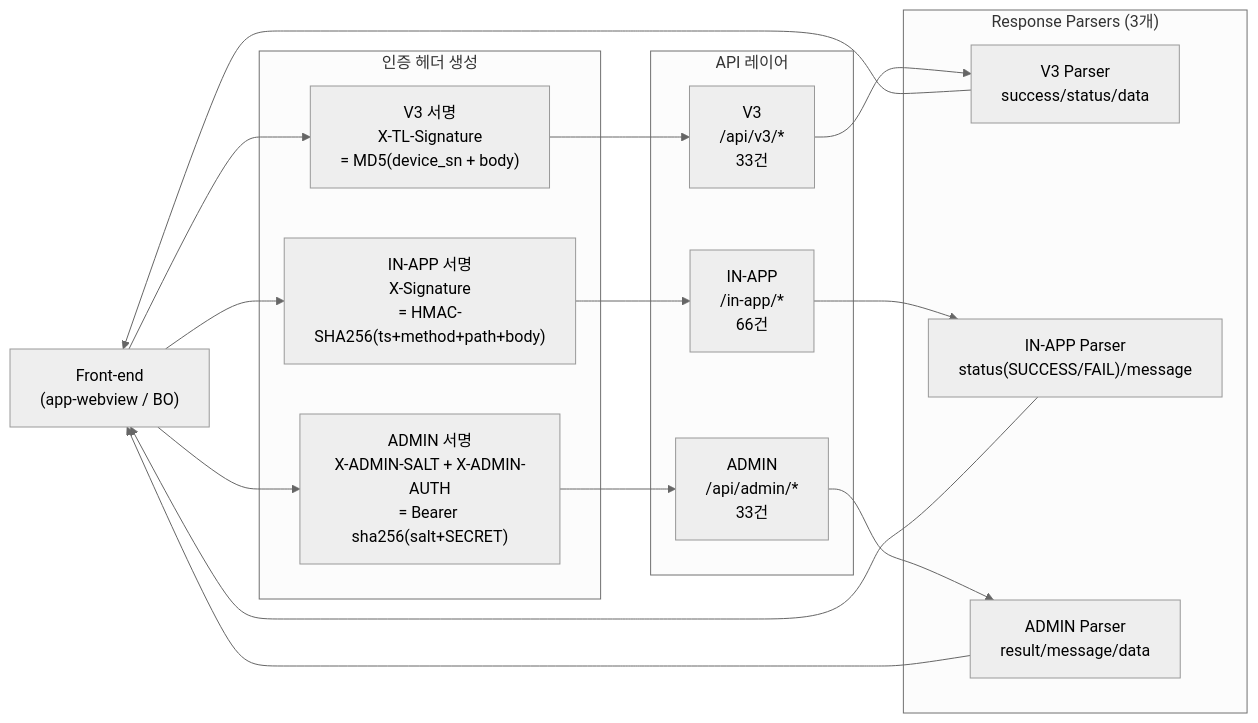
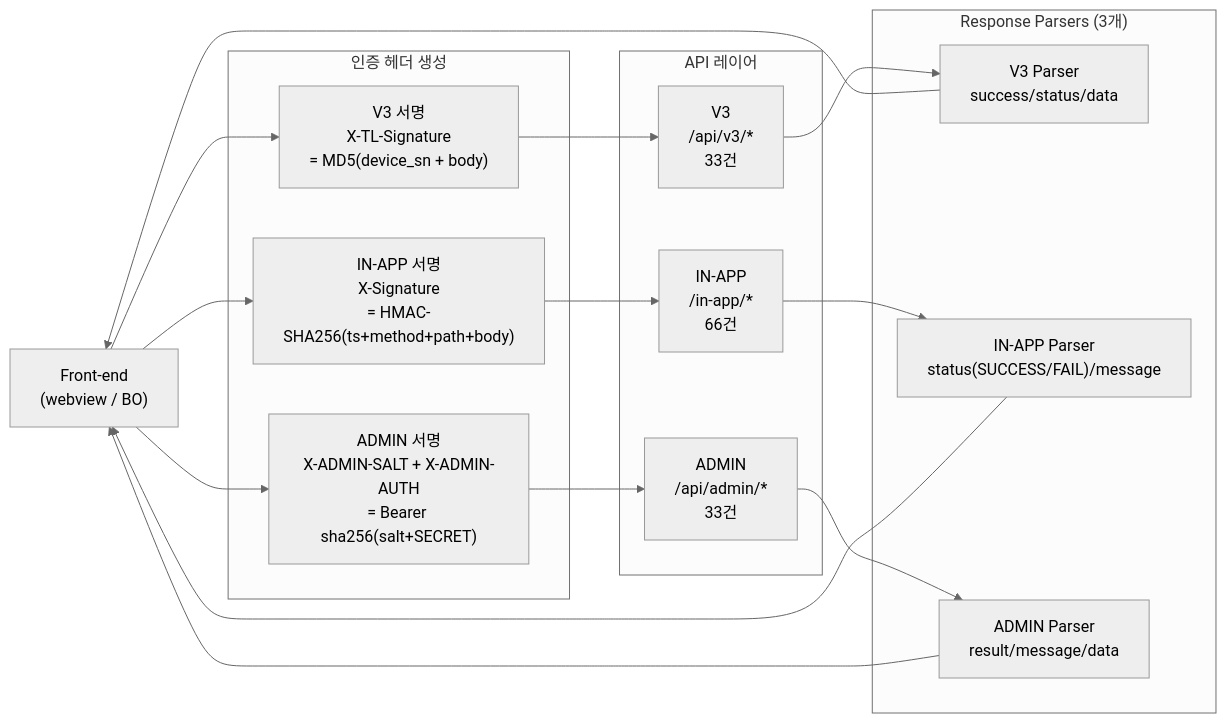
The first of 2 diagrams in docs/diagrams/[TBD]_api-layers.md (minsukong/lounge-docs), drawn with Mermaid (neutral theme) before and after one commit. The commit also changed 49 other files, not shown here.

```diff
--- a/docs/diagrams/[TBD]_api-layers.md
+++ b/docs/diagrams/[TBD]_api-layers.md
@@ -9,34 +9,34 @@
   <div class="mermaid">
 flowchart LR
   accTitle: Front-end API 통신 구조 (3개 레이어, 3개 Parser)
   accDescr: Front-end는 V3, IN-APP, ADMIN 세 레이어와 통신하며 각 레이어마다 인증 방식과 응답 포맷이 달라 3개의 응답 파서가 필요합니다.
   
-  FE["Front-end<br/>(app-webview / BO)"]
+  FE["Front-end<br/>(webview / BO)"]
 
   subgraph PARSERS["Response Parsers (3개)"]
     P1["V3 Parser<br/>success/status/data"]
     P2["IN-APP Parser<br/>status(SUCCESS/FAIL)/message"]
     P3["ADMIN Parser<br/>result/message/data"]
   end
 
   subgraph AUTH["인증 헤더 생성"]
     A1["V3 서명<br/>X-TL-Signature<br/>= MD5(device_sn + body)"]
     A2["IN-APP 서명<br/>X-Signature<br/>= HMAC-SHA256(ts+method+path+body)"]
     A3["ADMIN 서명<br/>X-ADMIN-SALT + X-ADMIN-AUTH<br/>= Bearer sha256(salt+SECRET)"]
   end
 
   subgraph APIS["API 레이어"]
     V3API["V3<br/>/api/v3/*<br/>33건"]
     INAPPAPI["IN-APP<br/>/in-app/*<br/>66건"]
     ADMINAPI["ADMIN<br/>/api/admin/*<br/>33건"]
   end
 
   FE --> A1 & A2 & A3
   A1 --> V3API
   A2 --> INAPPAPI
   A3 --> ADMINAPI
   V3API --> P1
   INAPPAPI --> P2
   ADMINAPI --> P3
   P1 & P2 & P3 --> FE
   </div>
```
